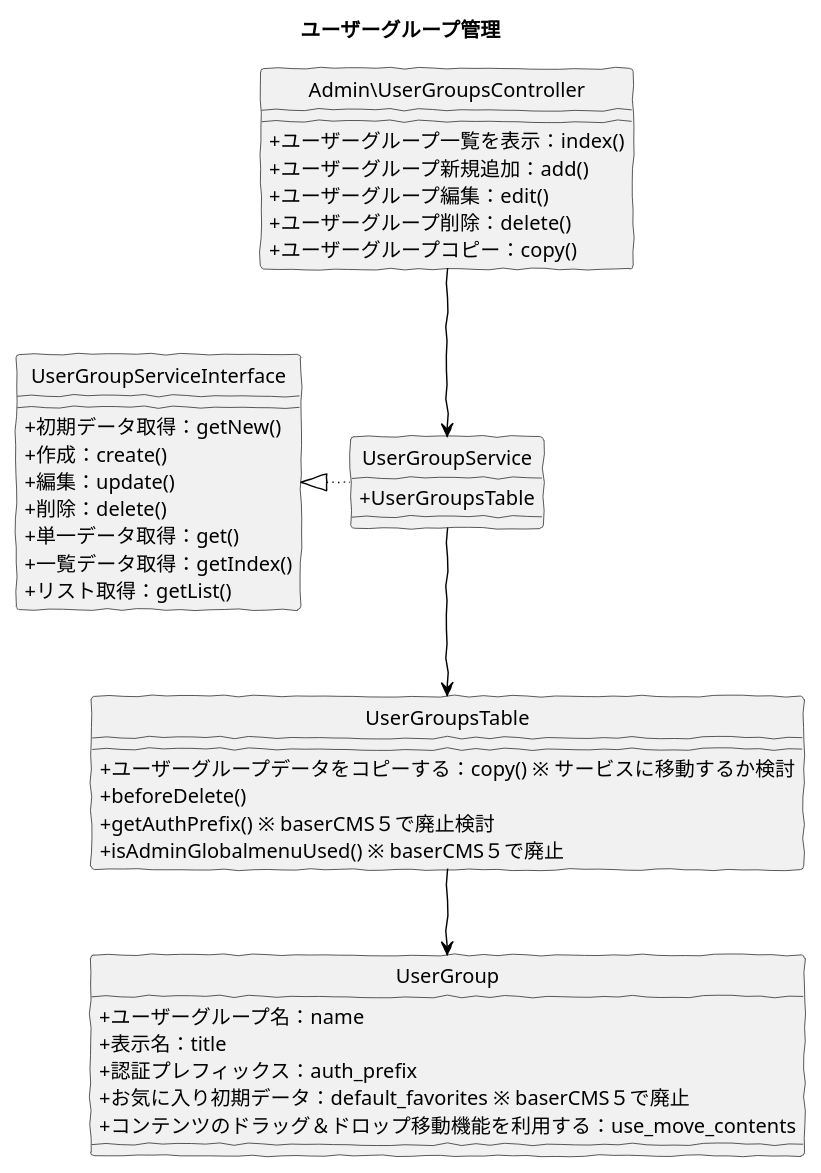
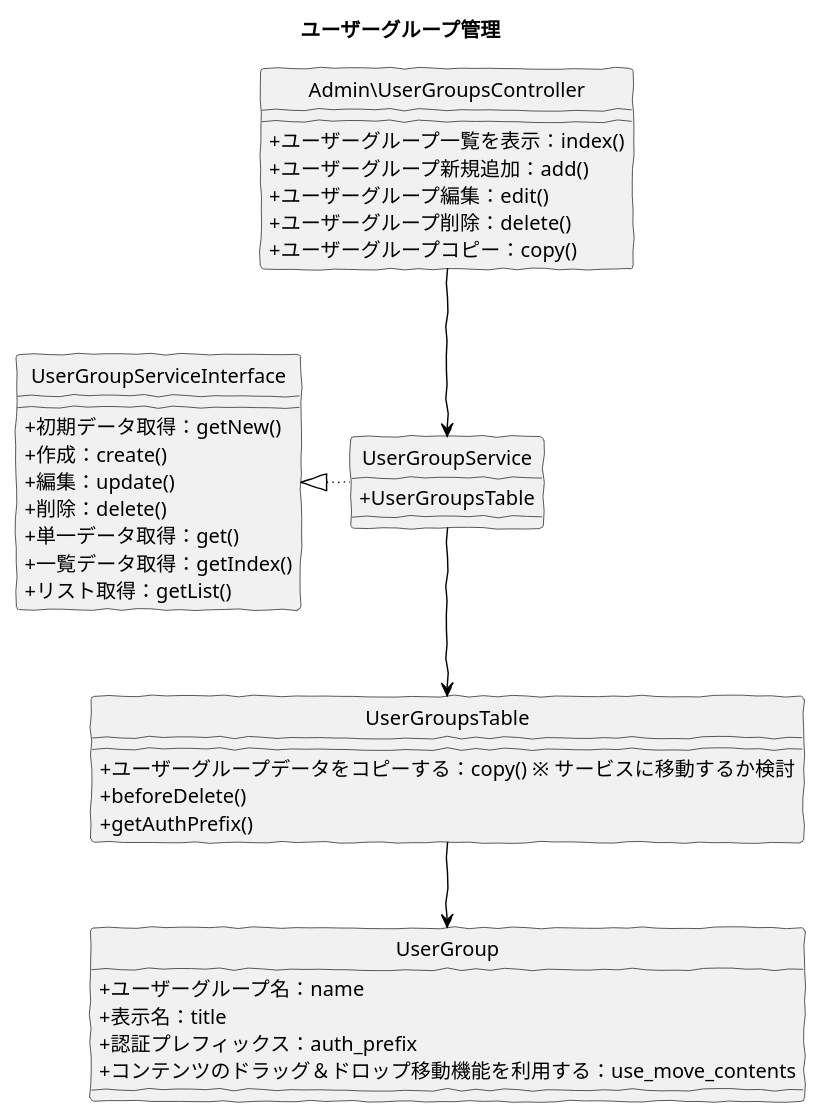
One commit to baserproject/baserproject.github.io changed the diagram in src/puml/5/ucmitz/class/manage_user_groups.puml. Above: the diagram before and after it, drawn with PlantUML. The commit also changed 21 other files, not shown here.

```diff
--- a/src/puml/5/ucmitz/class/manage_user_groups.puml
+++ b/src/puml/5/ucmitz/class/manage_user_groups.puml
@@ -1,50 +1,48 @@
 @startuml
 skinparam handwritten true
 hide circle
 skinparam classAttributeIconSize 0
 
 title ユーザーグループ管理
 
 class Admin\UserGroupsController {
   + ユーザーグループ一覧を表示：index()
   + ユーザーグループ新規追加：add()
   + ユーザーグループ編集：edit()
   + ユーザーグループ削除：delete()
   + ユーザーグループコピー：copy()
 }
 
 class UserGroupService {
   + UserGroupsTable
 }
 
 class UserGroupServiceInterface {
   + 初期データ取得：getNew()
   + 作成：create()
   + 編集：update()
   + 削除：delete()
   + 単一データ取得：get()
   + 一覧データ取得：getIndex()
   + リスト取得：getList()
 }
 
 class UserGroupsTable {
   + ユーザーグループデータをコピーする：copy() ※ サービスに移動するか検討
   + beforeDelete()
-  + getAuthPrefix() ※ baserCMS５で廃止検討
-  + isAdminGlobalmenuUsed() ※ baserCMS５で廃止
+  + getAuthPrefix()
 }
 
 class UserGroup {
 	+ ユーザーグループ名：name
 	+ 表示名：title
 	+ 認証プレフィックス：auth_prefix
-	+ お気に入り初期データ：default_favorites ※ baserCMS５で廃止
 	+ コンテンツのドラッグ＆ドロップ移動機能を利用する：use_move_contents
 }
 
 Admin\UserGroupsController -down[#Black]-> UserGroupService
 UserGroupService -down[#Black]-> UserGroupsTable
 UserGroupService -left[dotted,#Black]-|> UserGroupServiceInterface
 UserGroupsTable -down[#Black]-> UserGroup
 
 @enduml
```
